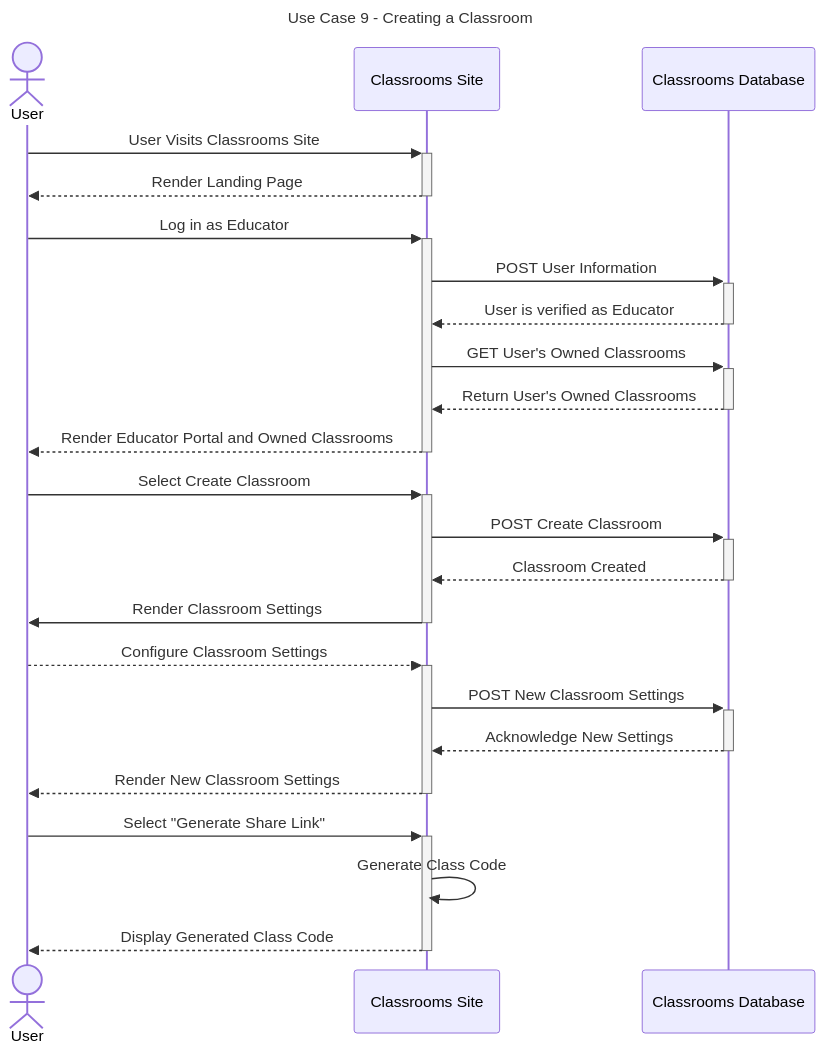
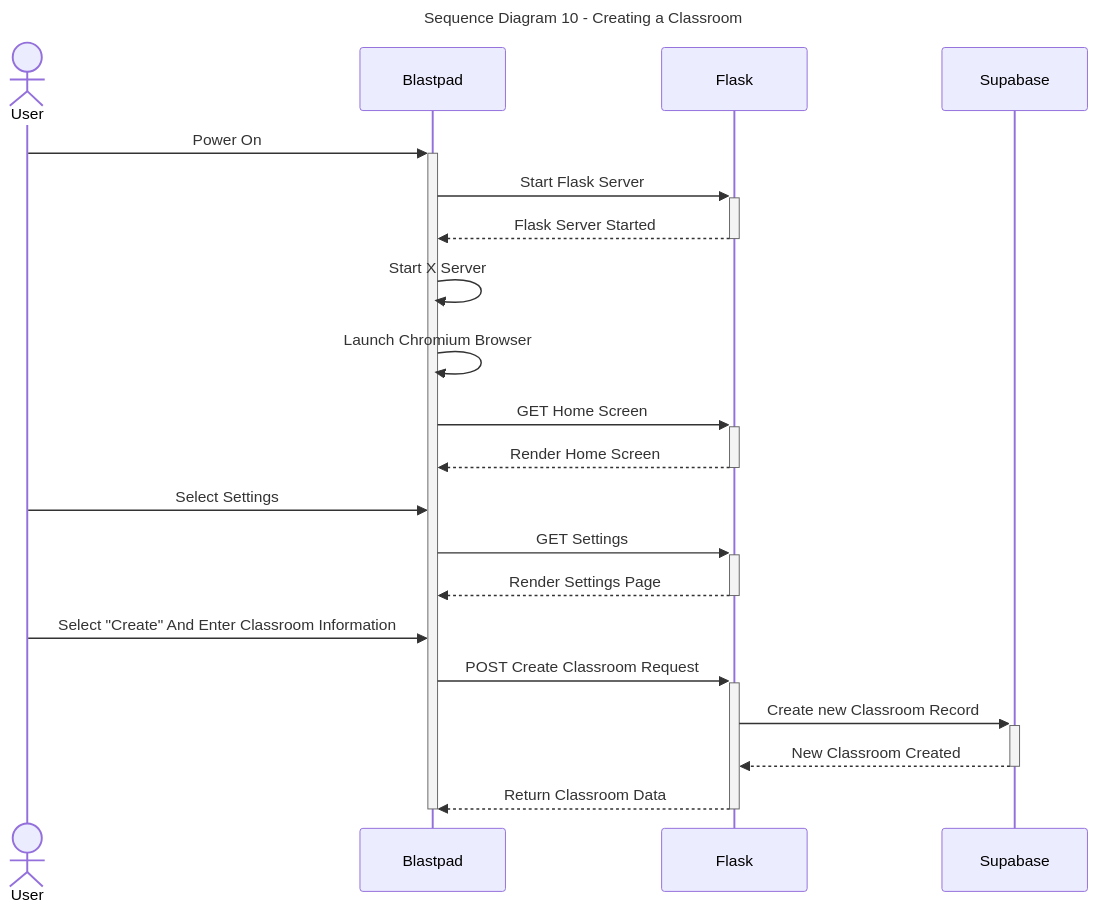
Before and after one commit to Capstone-Projects-2024-Spring/project-blastpad: the tenth of 11 diagrams in documentation/docs/requirements/use-case-descriptions.md, drawn with Mermaid. The commit also changed other lines of this file and 3 other files, not shown here.

Commit message:
Use Case Seq Diagrams

````diff
--- a/documentation/docs/requirements/use-case-descriptions.md
+++ b/documentation/docs/requirements/use-case-descriptions.md
@@ -371,30 +426,33 @@
 ```mermaid
 ---
-title: "Use Case 9 - Creating a Classroom"
+title: "Sequence Diagram 10 - Creating a Classroom"
 ---
 
 sequenceDiagram
 actor User
-User->>+Classrooms Site: User Visits Classrooms Site
-Classrooms Site-->>-User: Render Landing Page
-User->>+Classrooms Site: Log in as Educator
-Classrooms Site->>+Classrooms Database: POST User Information
-Classrooms Database-->>-Classrooms Site: User is verified as Educator
-Classrooms Site->>+Classrooms Database: GET User's Owned Classrooms
-Classrooms Database-->>-Classrooms Site: Return User's Owned Classrooms
-Classrooms Site-->>-User: Render Educator Portal and Owned Classrooms
+User->>+Blastpad: Power On
+Blastpad->>+Flask: Start Flask Server
+Flask-->>-Blastpad: Flask Server Started
+Blastpad->>Blastpad: Start X Server
+Blastpad->>Blastpad: Launch Chromium Browser
 
 
-User->>+Classrooms Site: Select Create Classroom
-Classrooms Site->>+Classrooms Database: POST Create Classroom
-Classrooms Database-->>-Classrooms Site: Classroom Created
-Classrooms Site->>-User: Render Classroom Settings
-User-->>+Classrooms Site: Configure Classroom Settings
-Classrooms Site->>+Classrooms Database: POST New Classroom Settings
-Classrooms Database-->>-Classrooms Site: Acknowledge New Settings
-Classrooms Site-->>-User: Render New Classroom Settings
-User->>+Classrooms Site: Select "Generate Share Link"
-Classrooms Site->>Classrooms Site: Generate Class Code
-Classrooms Site-->>-User: Display Generated Class Code
+Blastpad->>+Flask: GET Home Screen
+Flask-->>-Blastpad: Render Home Screen
+
+User->>Blastpad: Select Settings
+Blastpad->>+Flask: GET Settings
+Flask-->>-Blastpad: Render Settings Page
+
+
+User->>Blastpad: Select "Create" And Enter Classroom Information
+Blastpad->>+Flask: POST Create Classroom Request
+Flask->>+Supabase: Create new Classroom Record
+Supabase-->>-Flask: New Classroom Created
+Flask-->>-Blastpad: Return Classroom Data
+
+deactivate Blastpad
+
+
 
 ```
````
